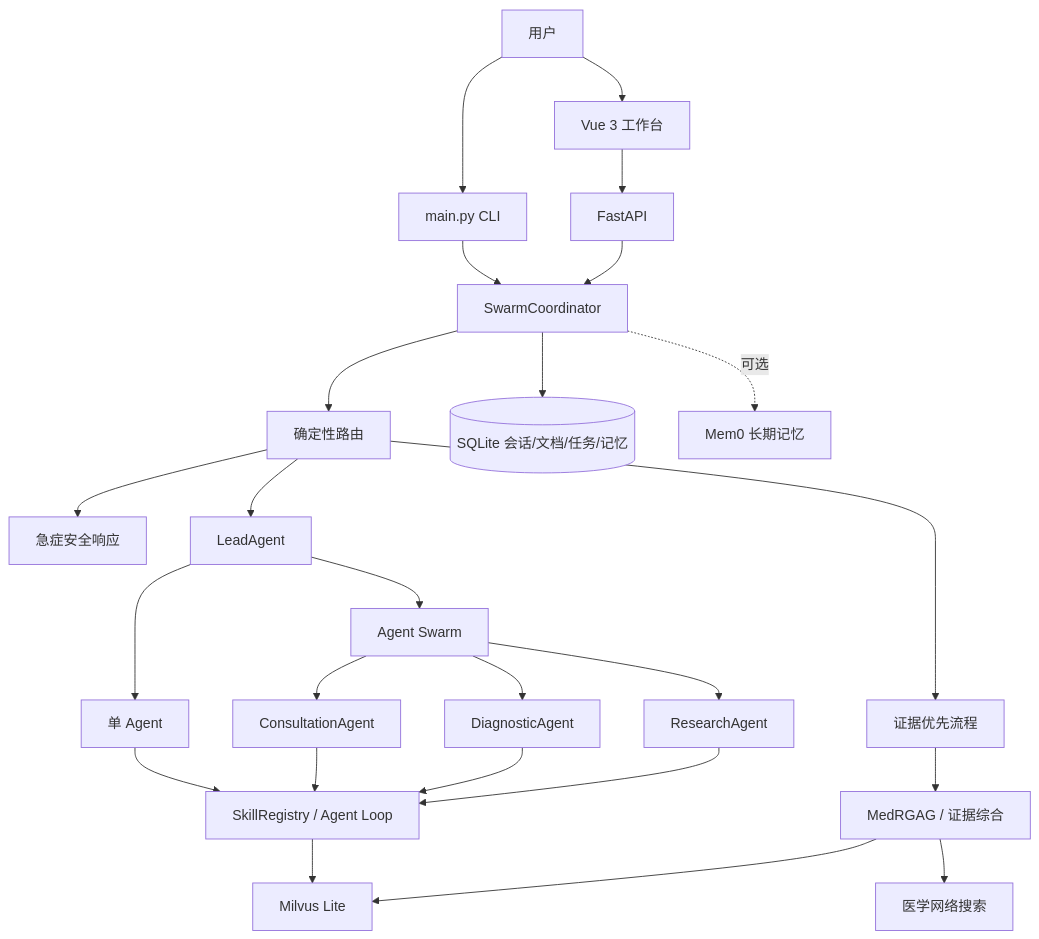
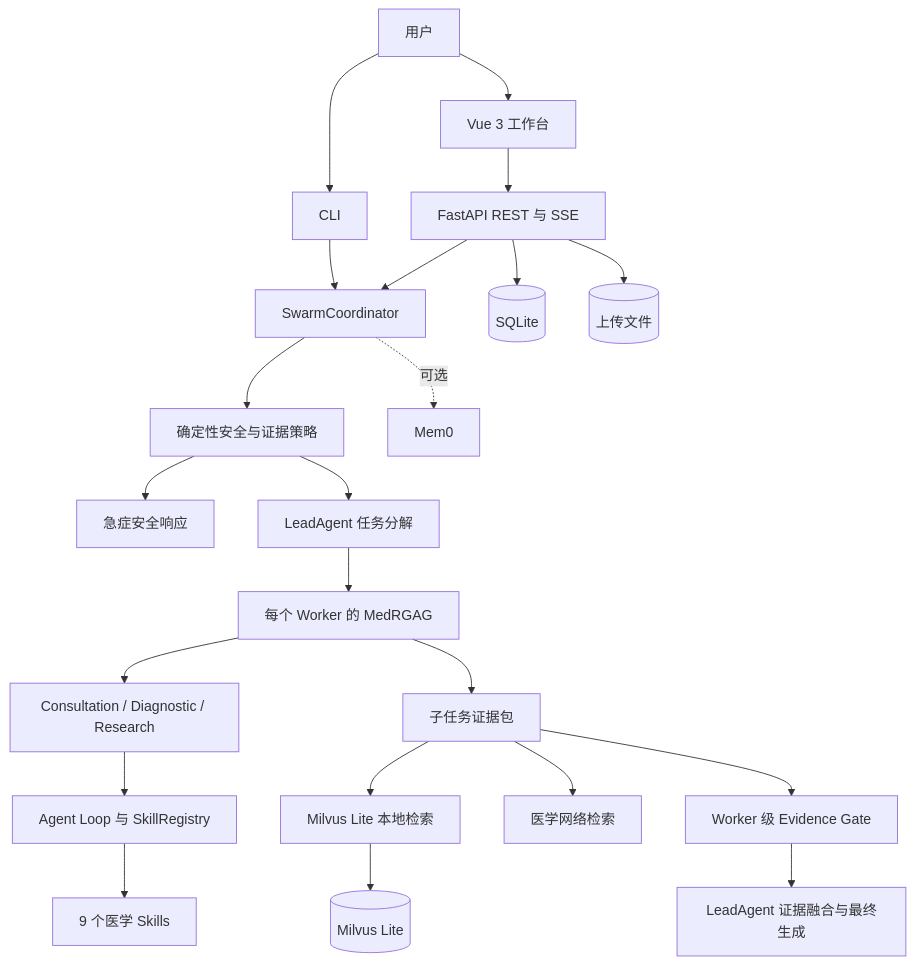
Before and after one commit to aizhao/Medix: the second of 4 diagrams in README.md, drawn with Mermaid. The commit also changed other lines of this file and 19 other files, not shown here.

````diff
--- a/README.md
+++ b/README.md
@@ -156,27 +324,27 @@
-~~~mermaid
+```mermaid
 flowchart TD
-    User[用户] --> Web[Vue 3 工作台]
-    User --> CLI[main.py CLI]
-    Web --> API[FastAPI]
+    User[用户] --> UI[Vue 3 工作台]
+    User --> CLI[CLI]
+    UI --> API[FastAPI REST 与 SSE]
     CLI --> Coordinator[SwarmCoordinator]
     API --> Coordinator
-    Coordinator --> Route[确定性路由]
-    Route --> Safety[急症安全响应]
-    Route --> Evidence[证据优先流程]
-    Route --> Lead[LeadAgent]
-    Lead --> Single[单 Agent]
-    Lead --> Swarm[Agent Swarm]
-    Swarm --> C[ConsultationAgent]
-    Swarm --> D[DiagnosticAgent]
-    Swarm --> R[ResearchAgent]
-    Single --> Skills[SkillRegistry / Agent Loop]
-    C --> Skills
-    D --> Skills
-    R --> Skills
-    Evidence --> RAG[MedRGAG / 证据综合]
-    Skills --> KB[Milvus Lite]
-    RAG --> KB
-    RAG --> WebSearch[医学网络搜索]
-    Coordinator --> SQLite[(SQLite 会话/文档/任务/记忆)]
-    Coordinator -. 可选 .-> Mem0[Mem0 长期记忆]
-~~~
+
+    Coordinator --> Router[确定性安全与证据策略]
+    Router --> Emergency[急症安全响应]
+    Router --> Lead[LeadAgent 任务分解]
+    Lead --> WorkerEvidence[每个 Worker 的 MedRGAG]
+    WorkerEvidence --> Workers[Consultation / Diagnostic / Research]
+    Workers --> Loop[Agent Loop 与 SkillRegistry]
+    Loop --> Skills[9 个医学 Skills]
+
+    WorkerEvidence --> Research[子任务证据包]
+    Research --> Local[Milvus Lite 本地检索]
+    Research --> Web[医学网络检索]
+    Research --> Gate[Worker 级 Evidence Gate]
+    Gate --> Final[LeadAgent 证据融合与最终生成]
+
+    API --> SQLite[(SQLite)]
+    API --> Files[(上传文件)]
+    Local --> Milvus[(Milvus Lite)]
+    Coordinator -. 可选 .-> Mem0[Mem0]
+```
````
